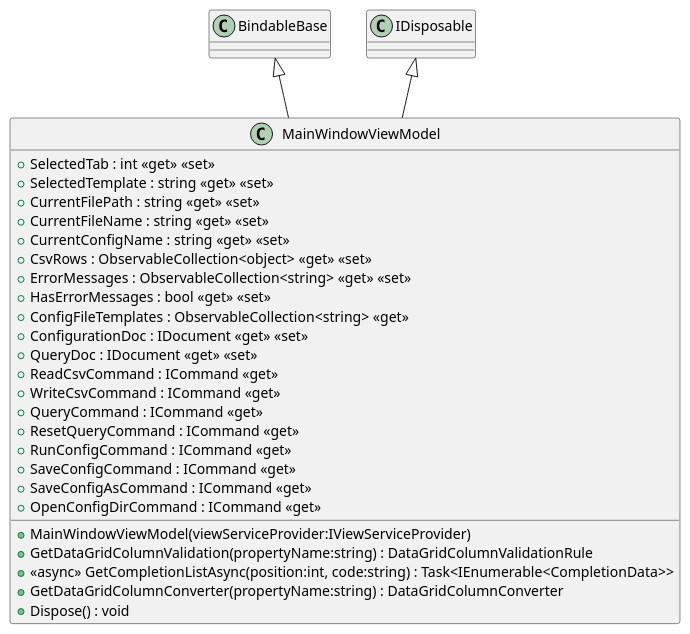
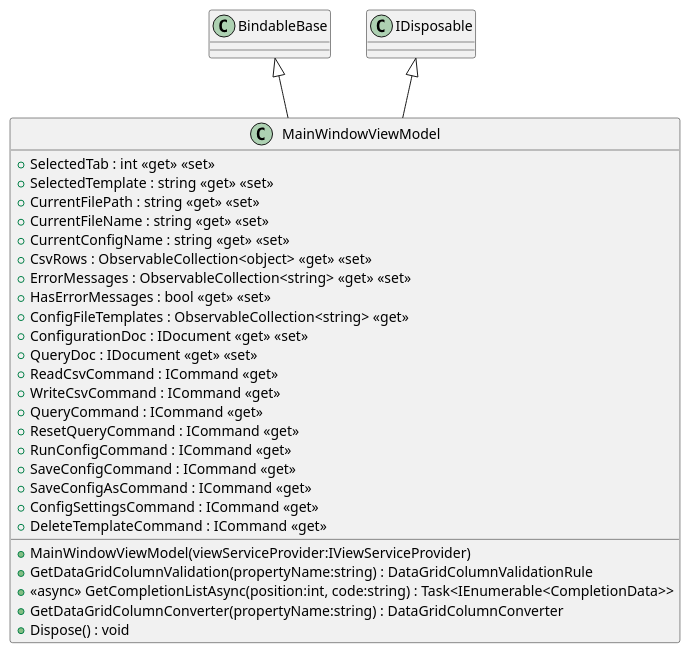
Before and after one commit to pierre3/CsvEditSharp: the diagram in Documents/uml/ViewModels/MainWindowViewModel.puml, drawn with PlantUML. The commit also changed 9 other files, not shown here.

Commit message:
Update uml

```diff
--- a/Documents/uml/ViewModels/MainWindowViewModel.puml
+++ b/Documents/uml/ViewModels/MainWindowViewModel.puml
@@ -1,30 +1,31 @@
 @startuml
 class MainWindowViewModel {
     + SelectedTab : int <<get>> <<set>>
     + SelectedTemplate : string <<get>> <<set>>
     + CurrentFilePath : string <<get>> <<set>>
     + CurrentFileName : string <<get>> <<set>>
     + CurrentConfigName : string <<get>> <<set>>
     + CsvRows : ObservableCollection<object> <<get>> <<set>>
     + ErrorMessages : ObservableCollection<string> <<get>> <<set>>
     + HasErrorMessages : bool <<get>> <<set>>
     + ConfigFileTemplates : ObservableCollection<string> <<get>>
     + ConfigurationDoc : IDocument <<get>> <<set>>
     + QueryDoc : IDocument <<get>> <<set>>
     + ReadCsvCommand : ICommand <<get>>
     + WriteCsvCommand : ICommand <<get>>
     + QueryCommand : ICommand <<get>>
     + ResetQueryCommand : ICommand <<get>>
     + RunConfigCommand : ICommand <<get>>
     + SaveConfigCommand : ICommand <<get>>
     + SaveConfigAsCommand : ICommand <<get>>
-    + OpenConfigDirCommand : ICommand <<get>>
+    + ConfigSettingsCommand : ICommand <<get>>
+    + DeleteTemplateCommand : ICommand <<get>>
     + MainWindowViewModel(viewServiceProvider:IViewServiceProvider)
     + GetDataGridColumnValidation(propertyName:string) : DataGridColumnValidationRule
     + <<async>> GetCompletionListAsync(position:int, code:string) : Task<IEnumerable<CompletionData>>
     + GetDataGridColumnConverter(propertyName:string) : DataGridColumnConverter
     + Dispose() : void
 }
 BindableBase <|-- MainWindowViewModel
 IDisposable <|-- MainWindowViewModel
 @enduml
```
